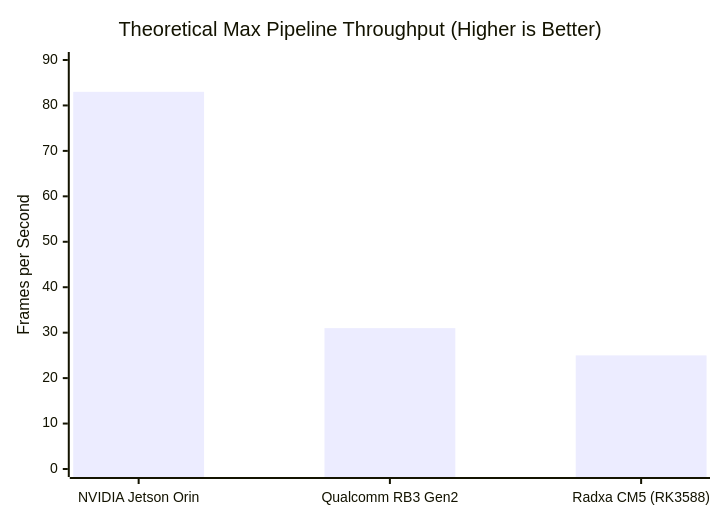
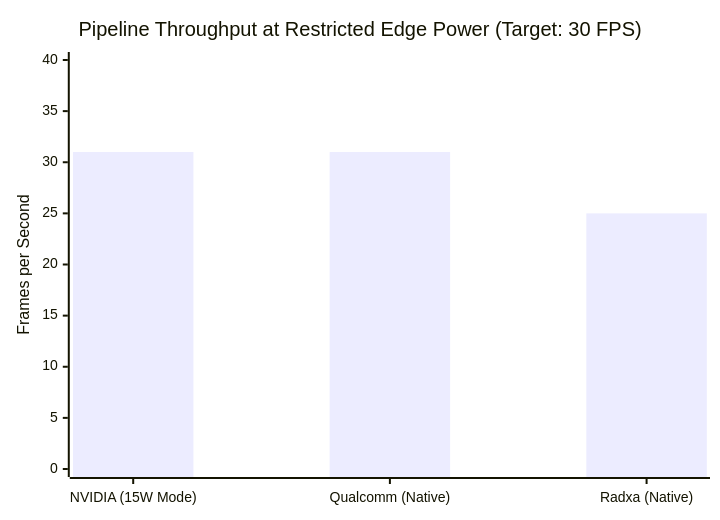
Before and after one commit to zok213/DAT1: the second of 5 diagrams in README.md, drawn with Mermaid. The commit also changed other lines of this file and 1 other file, not shown here.

Commit message:
docs: Correct Orin NX FPS metrics to reflect real-world 15W TDP constraints

````diff
--- a/README.md
+++ b/README.md
@@ -69,7 +73,7 @@
 ```mermaid
 xychart-beta
-    title "Theoretical Max Pipeline Throughput (Higher is Better)"
-    x-axis ["NVIDIA Jetson Orin", "Qualcomm RB3 Gen2", "Radxa CM5 (RK3588)"]
-    y-axis "Frames per Second" 0 --> 90
-    bar [83.0, 31.0, 25.0]
+    title "Pipeline Throughput at Restricted Edge Power (Target: 30 FPS)"
+    x-axis ["NVIDIA (15W Mode)", "Qualcomm (Native)", "Radxa (Native)"]
+    y-axis "Frames per Second" 0 --> 40
+    bar [31.0, 31.0, 25.0]
 ```
````
